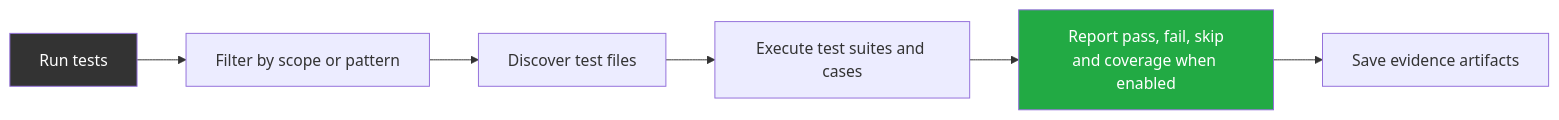
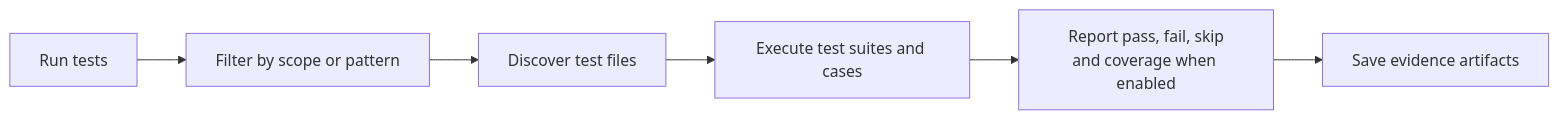
The fourth of 14 diagrams in plan/testing.md (1qh/safeagent), drawn with Mermaid before and after one commit. The commit also changed other lines of this file and 43 other files, not shown here.

Commit message:
Phase 3 compression: strip non-semantic separators and Mermaid style metadata

````diff
--- a/plan/testing.md
+++ b/plan/testing.md
@@ -149,14 +124,12 @@
 ```mermaid
 flowchart LR
     RUN_REQUEST["Run tests"]
     SCOPE_FILTER["Filter by scope or pattern"]
     TEST_DISCOVERY["Discover test files"]
     TEST_EXECUTION["Execute test suites and cases"]
     RESULT_REPORT["Report pass, fail, skip\nand coverage when enabled"]
     EVIDENCE_CAPTURE["Save evidence artifacts"]
 
     RUN_REQUEST --> SCOPE_FILTER --> TEST_DISCOVERY --> TEST_EXECUTION --> RESULT_REPORT --> EVIDENCE_CAPTURE
 
-    style RUN_REQUEST fill:#333,color:#fff
-    style RESULT_REPORT fill:#22aa44,color:#fff
 ```
````
